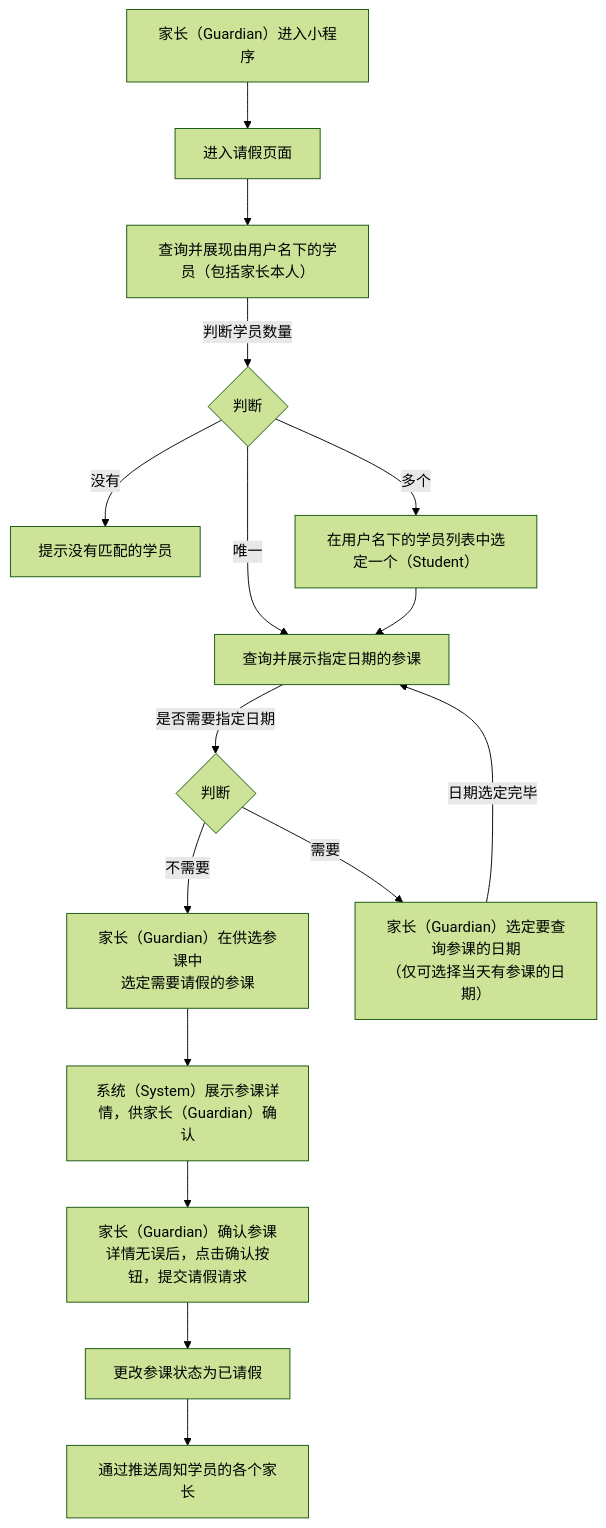
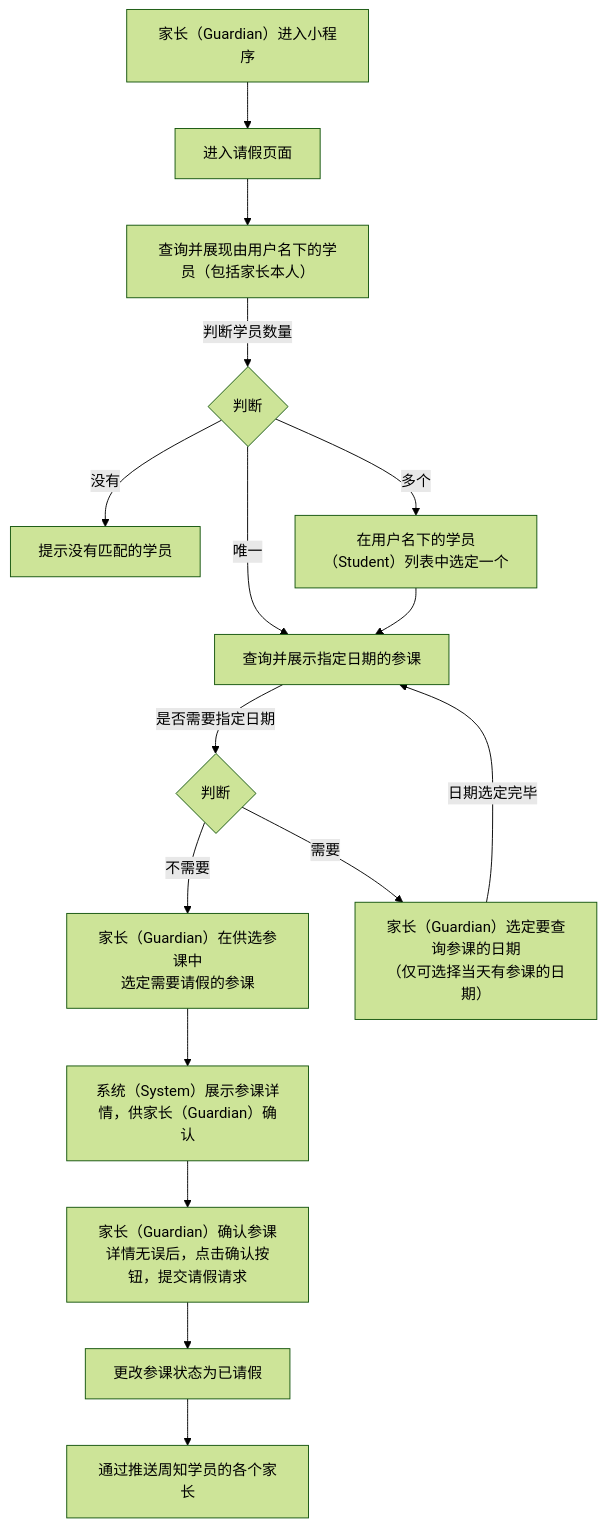
The diagram in 用例/请假.md (world-wide-web/sign), drawn with Mermaid (forest theme) before and after one commit. The commit also changed other lines of this file, not shown here.

Commit message:
用例/请假.md updated from https://stackedit.io/

````diff
--- a/用例/请假.md
+++ b/用例/请假.md
@@ -7,52 +7,52 @@
 ```mermaid
 graph TD
 
 进入小程序-->进入请假页面
 
 进入请假页面-->查询并展现由用户名下的学员
 
 查询并展现由用户名下的学员--判断学员数量-->判断学员数量
 
 判断学员数量--没有-->提示没有匹配的学员
 
 判断学员数量--唯一-->查询并展示指定日期的参课
 
 判断学员数量--多个-->选定学员
 
 选定学员-->查询并展示指定日期的参课
 
 查询并展示指定日期的参课--是否需要指定日期-->决定是否需要指定日期
 
 决定是否需要指定日期--不需要-->选定参课
 
 决定是否需要指定日期--需要-->选定日期
 
 选定日期--日期选定完毕-->查询并展示指定日期的参课
 
 选定参课-->展示参课详情
 
 展示参课详情-->提交请假请求
 
 提交请假请求-->更改参课状态为已请假
 
 更改参课状态为已请假-->通过推送周知学员的各个家长
 
 进入小程序["<center>家长（Guardian）进入小程序</center>"]
 
 查询并展现由用户名下的学员["<center>查询并展现由用户名下的学员（包括家长本人）</center>"]
 
 判断学员数量{"<center>判断</center>"}
 
-选定学员["<center>在用户名下的学员列表中选定一个（Student）</center>"]
+选定学员["<center>在用户名下的学员（Student）列表中选定一个</center>"]
 
 决定是否需要指定日期{"<center>判断</center>"}
 
 选定日期["<center>家长（Guardian）选定要查询参课的日期<br>（仅可选择当天有参课的日期）</center>"]
 
 选定参课["<center>家长（Guardian）在供选参课中<br>选定需要请假的参课</center>"]
 
 展示参课详情["<center>系统（System）展示参课详情，供家长（Guardian）确认</center>"]
 
 提交请假请求["<center>家长（Guardian）确认参课详情无误后，点击确认按钮，提交请假请求</center>"]
 
 ```
````
